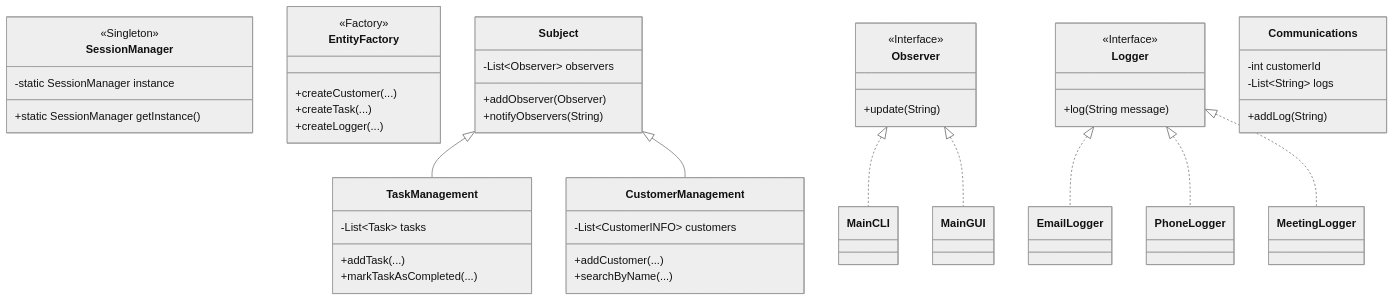
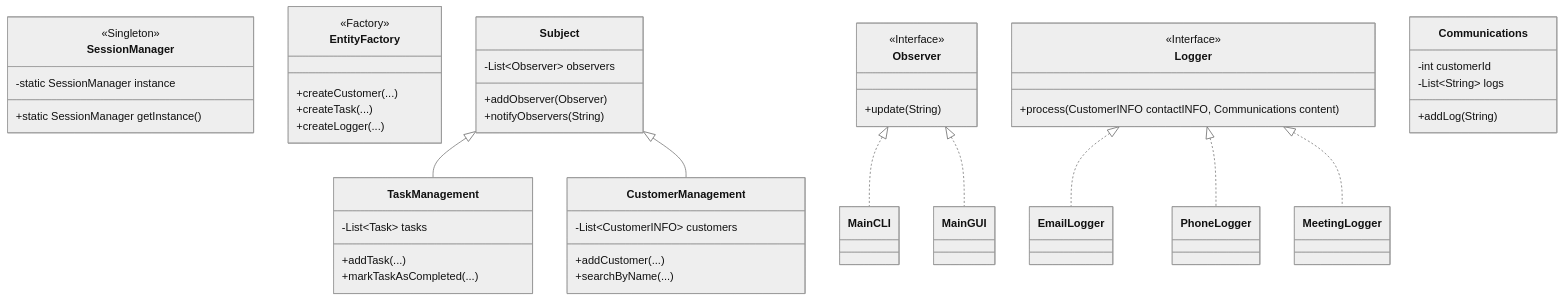
Before and after one commit to lagom7890/OOP_coursework: the second of 2 diagrams in README.md, drawn with Mermaid (neutral theme).

Commit message:
forth commitment: only modify one line of README.md

````diff
--- a/README.md
+++ b/README.md
@@ -64,62 +64,62 @@
 ```mermaid
 classDiagram
     class SessionManager {
         <<Singleton>>
         -static SessionManager instance
         +static SessionManager getInstance()
     }
 
     class EntityFactory {
         <<Factory>>
         +createCustomer(...)
         +createTask(...)
         +createLogger(...)
     }
 
     class Subject {
         -List~Observer~ observers
         +addObserver(Observer)
         +notifyObservers(String)
     }
 
     class Observer {
         <<Interface>>
         +update(String)
     }
 
     class TaskManagement {
         -List~Task~ tasks
         +addTask(...)
         +markTaskAsCompleted(...)
     }
 
     class CustomerManagement {
         -List~CustomerINFO~ customers
         +addCustomer(...)
         +searchByName(...)
     }
     
     class Logger {
         <<Interface>>
-        +log(String message)
+        +process(CustomerINFO contactINFO, Communications content)
     }
     
     class Communications {
         -int customerId
         -List~String~ logs
         +addLog(String)
     }
     
     class EmailLogger
     class PhoneLogger
     class MeetingLogger
     
     Logger <|.. EmailLogger
     Logger <|.. PhoneLogger
     Logger <|.. MeetingLogger
 
     Subject <|-- TaskManagement
     Subject <|-- CustomerManagement
     Observer <|.. MainCLI
     Observer <|.. MainGUI
 ```
````
